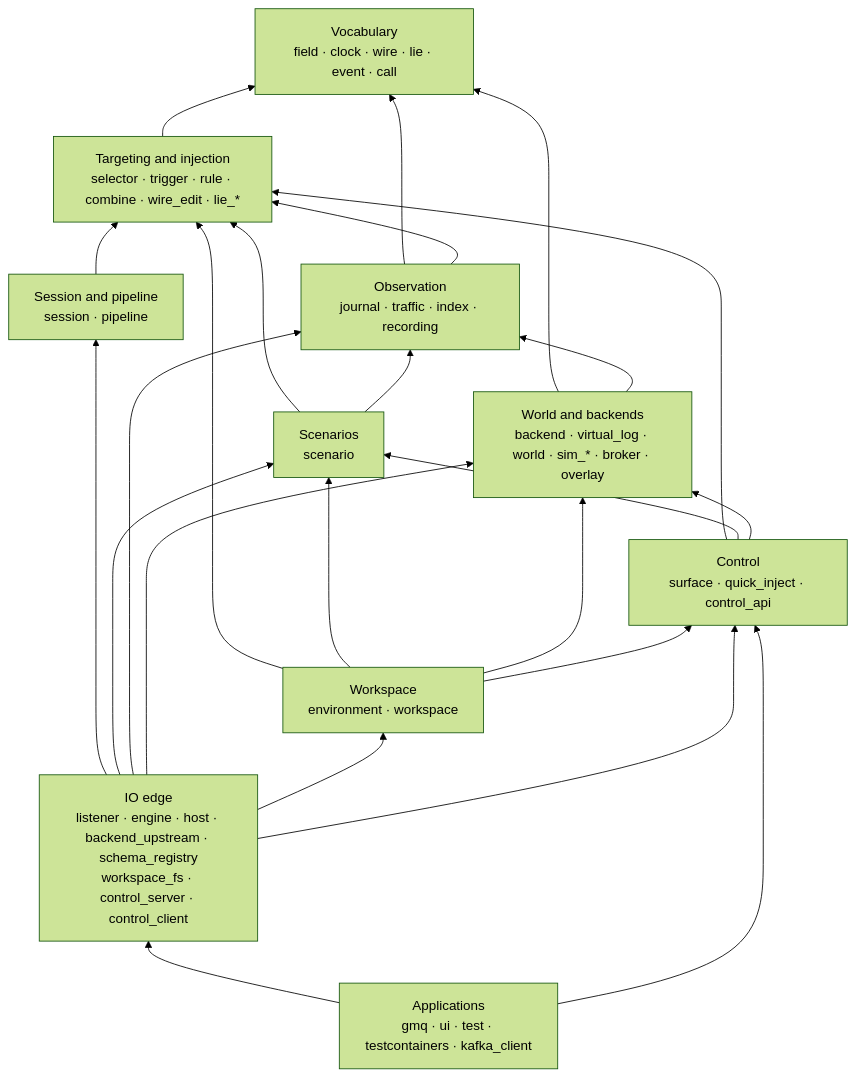
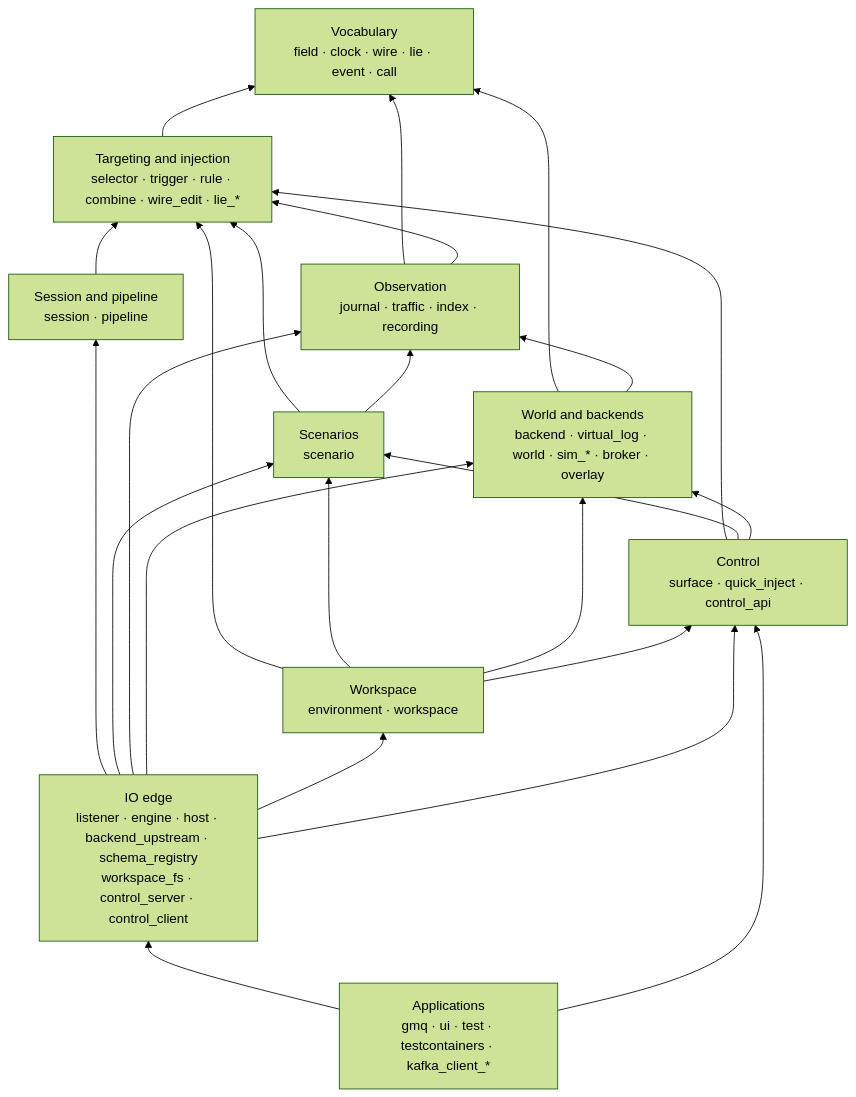
One commit to cruxy-eu/gaslightmq changed the diagram in docs/specs/architecture/crates.md. Above: the diagram before and after it, drawn with Mermaid (forest theme). The commit also changed other lines of this file and 23 other files, not shown here.

First line of the commit message:
chore: split the Kafka client into its api and native crates again

````diff
--- a/docs/specs/architecture/crates.md
+++ b/docs/specs/architecture/crates.md
@@ -45,37 +45,37 @@
 ```mermaid
 flowchart BT
   V["Vocabulary<br/>field · clock · wire · lie · event · call"]
   T["Targeting and injection<br/>selector · trigger · rule · combine · wire_edit · lie_*"]
   P["Session and pipeline<br/>session · pipeline"]
   S["Scenarios<br/>scenario"]
   O["Observation<br/>journal · traffic · index · recording"]
   W["World and backends<br/>backend · virtual_log · world · sim_* · broker · overlay"]
   F["Workspace<br/>environment · workspace"]
   C["Control<br/>surface · quick_inject · control_api"]
   IO["IO edge<br/>listener · engine · host · backend_upstream · schema_registry<br/>workspace_fs · control_server · control_client"]
-  A["Applications<br/>gmq · ui · test · testcontainers · kafka_client"]
+  A["Applications<br/>gmq · ui · test · testcontainers · kafka_client_*"]
 
   T --> V
   P --> T
   S --> T
   S --> O
   O --> V
   O --> T
   W --> V
   W --> O
   F --> T
   F --> S
   F --> W
   F --> C
   C --> T
   C --> S
   C --> W
   IO --> P
   IO --> S
   IO --> O
   IO --> W
   IO --> F
   IO --> C
   A --> IO
   A --> C
 ```
````
